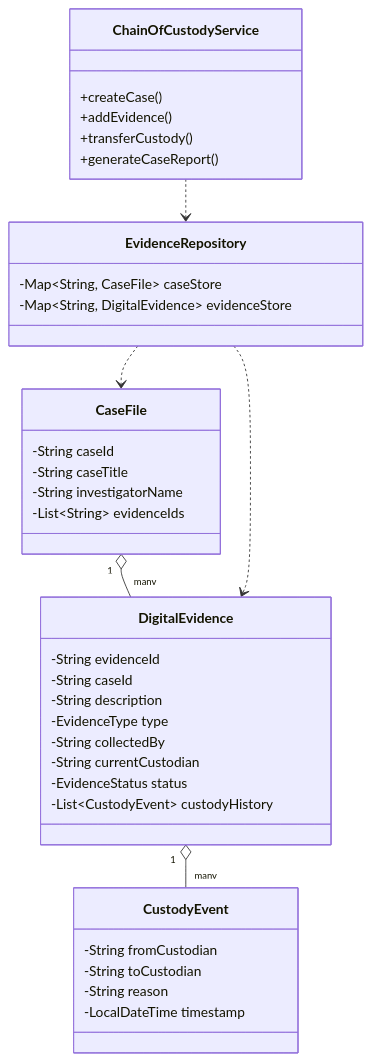
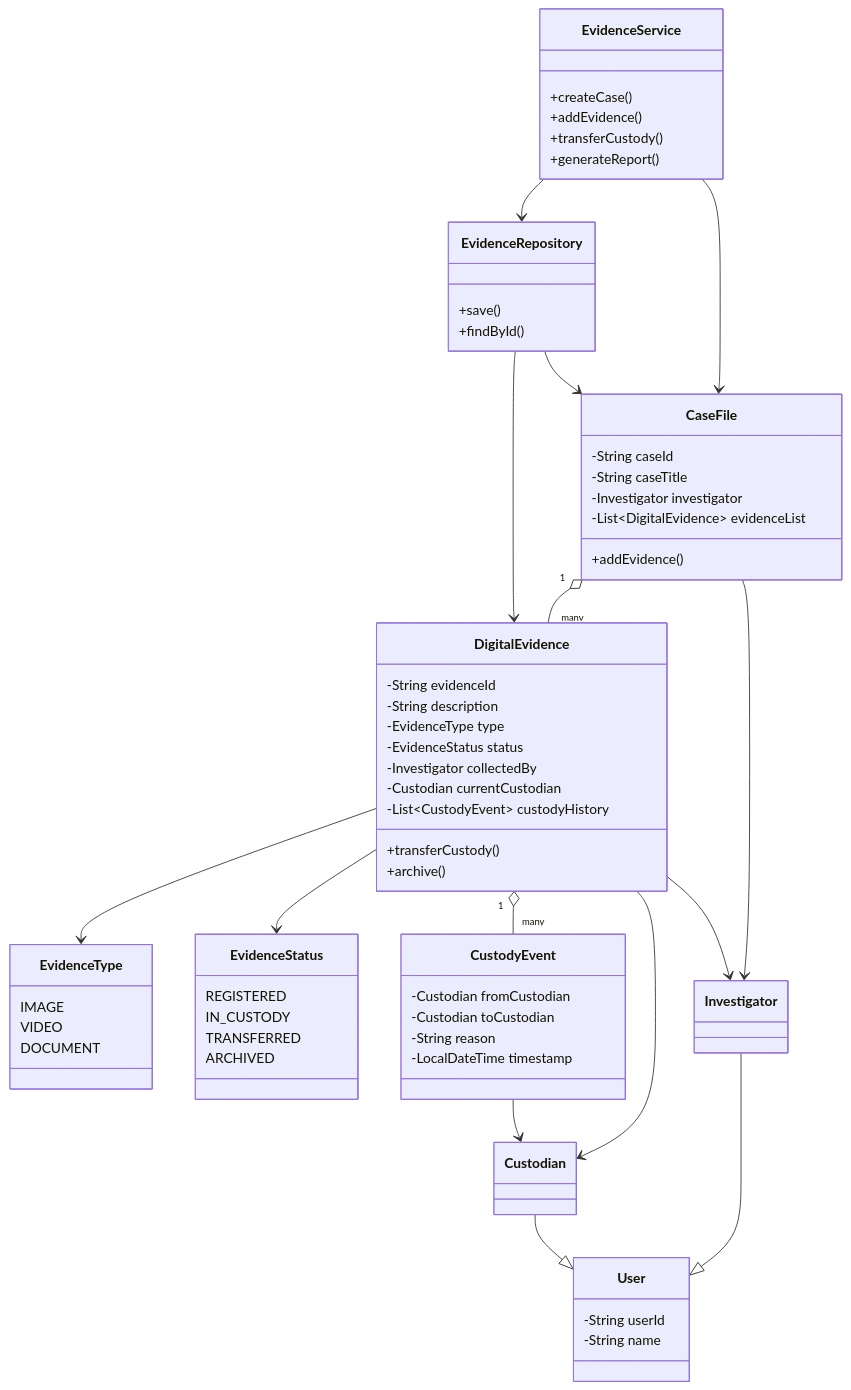
One commit to RameshPattanashetti/Digital_evidence changed the second of 12 diagrams in docs/PROJECT_REPORT.md. Above: the diagram before and after it, drawn with Mermaid. The commit also changed other lines of this file, not shown here.

First line of the commit message:
Update project report with enhanced diagrams and design patterns

````diff
--- a/docs/PROJECT_REPORT.md
+++ b/docs/PROJECT_REPORT.md
@@ -67,45 +103,80 @@
 ```mermaid
 classDiagram
+    class EvidenceType {
+        IMAGE
+        VIDEO
+        DOCUMENT
+    }
+
+    class EvidenceStatus {
+        REGISTERED
+        IN_CUSTODY
+        TRANSFERRED
+        ARCHIVED
+    }
+
+    class EvidenceService {
+        +createCase()
+        +addEvidence()
+        +transferCustody()
+        +generateReport()
+    }
+
     class CaseFile {
         -String caseId
         -String caseTitle
-        -String investigatorName
-        -List~String~ evidenceIds
+        -Investigator investigator
+        -List~DigitalEvidence~ evidenceList
+        +addEvidence()
     }
 
     class DigitalEvidence {
         -String evidenceId
-        -String caseId
         -String description
         -EvidenceType type
-        -String collectedBy
-        -String currentCustodian
         -EvidenceStatus status
+        -Investigator collectedBy
+        -Custodian currentCustodian
         -List~CustodyEvent~ custodyHistory
+        +transferCustody()
+        +archive()
     }
 
     class CustodyEvent {
-        -String fromCustodian
-        -String toCustodian
+        -Custodian fromCustodian
+        -Custodian toCustodian
         -String reason
         -LocalDateTime timestamp
     }
 
     class EvidenceRepository {
-        -Map~String, CaseFile~ caseStore
-        -Map~String, DigitalEvidence~ evidenceStore
+        +save()
+        +findById()
     }
 
-    class ChainOfCustodyService {
-        +createCase()
-        +addEvidence()
-        +transferCustody()
-        +generateCaseReport()
+    class User {
+        -String userId
+        -String name
     }
 
+    class Investigator {
+    }
+
+    class Custodian {
+    }
+
+    EvidenceService --> CaseFile
+    EvidenceService --> EvidenceRepository
     CaseFile "1" o-- "many" DigitalEvidence
     DigitalEvidence "1" o-- "many" CustodyEvent
-    ChainOfCustodyService ..> EvidenceRepository
-    EvidenceRepository ..> CaseFile
-    EvidenceRepository ..> DigitalEvidence
+    DigitalEvidence --> EvidenceType
+    DigitalEvidence --> EvidenceStatus
+    EvidenceRepository --> CaseFile
+    EvidenceRepository --> DigitalEvidence
+    CaseFile --> Investigator
+    DigitalEvidence --> Investigator
+    DigitalEvidence --> Custodian
+    CustodyEvent --> Custodian
+    Investigator --|> User
+    Custodian --|> User
 ```
````
